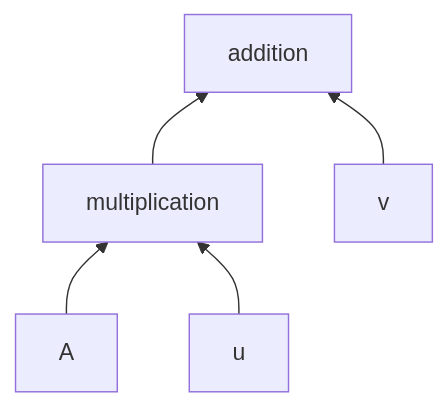
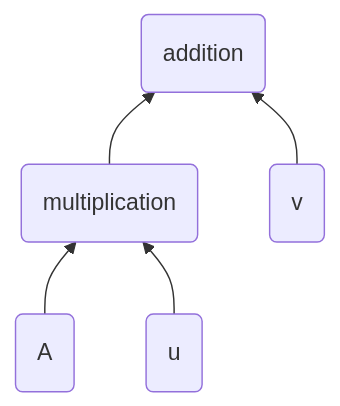
Before and after one commit to TheFlyingPiano99/TinyLA: the first of 2 diagrams in README.md, drawn with Mermaid. The commit also changed other lines of this file, not shown here.

Commit message:
Refactored diagram in README

````diff
--- a/README.md
+++ b/README.md
@@ -165,7 +165,12 @@
 ```mermaid
 graph BT
-A --> B
-u --> B["multiplication"]
-B --> Add["addition"]
-v --> Add
+u(u)
+v(v)
+A(A)
+mul(multiplication)
+add(addition)
+A --> mul
+u --> mul
+mul --> add
+v --> add
 ```
````
